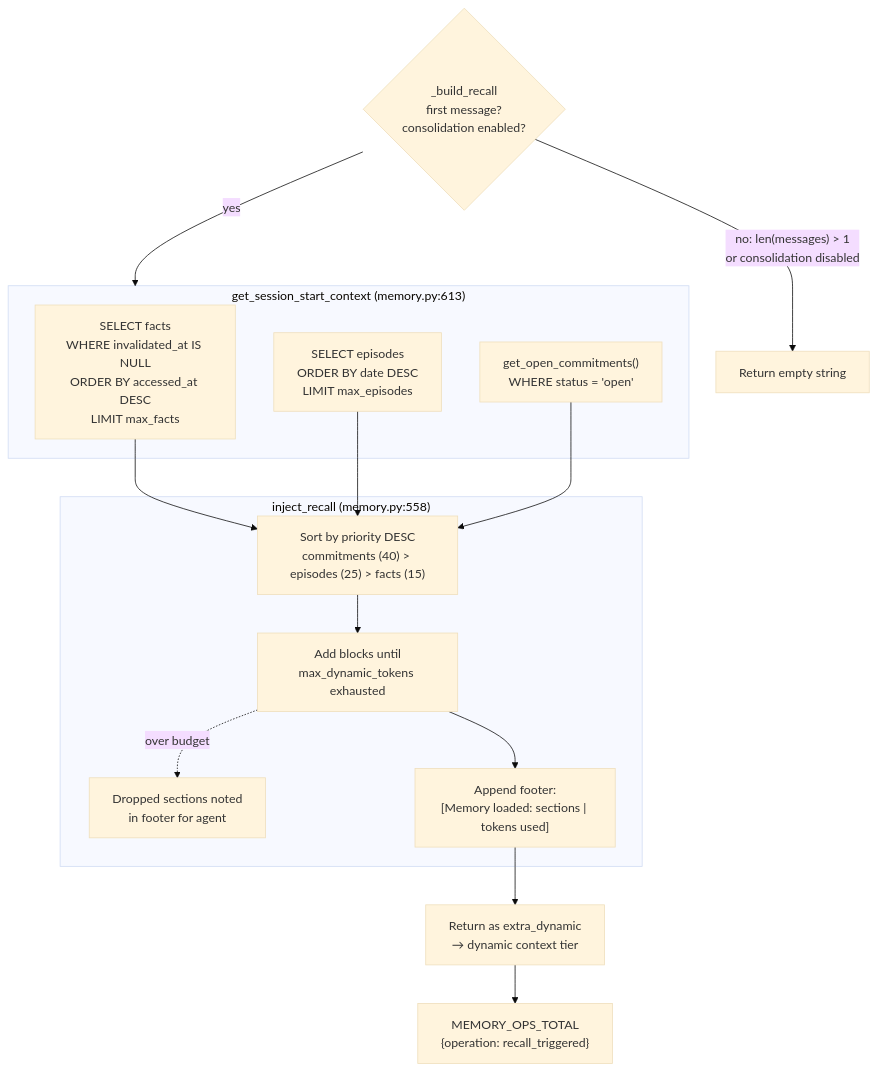
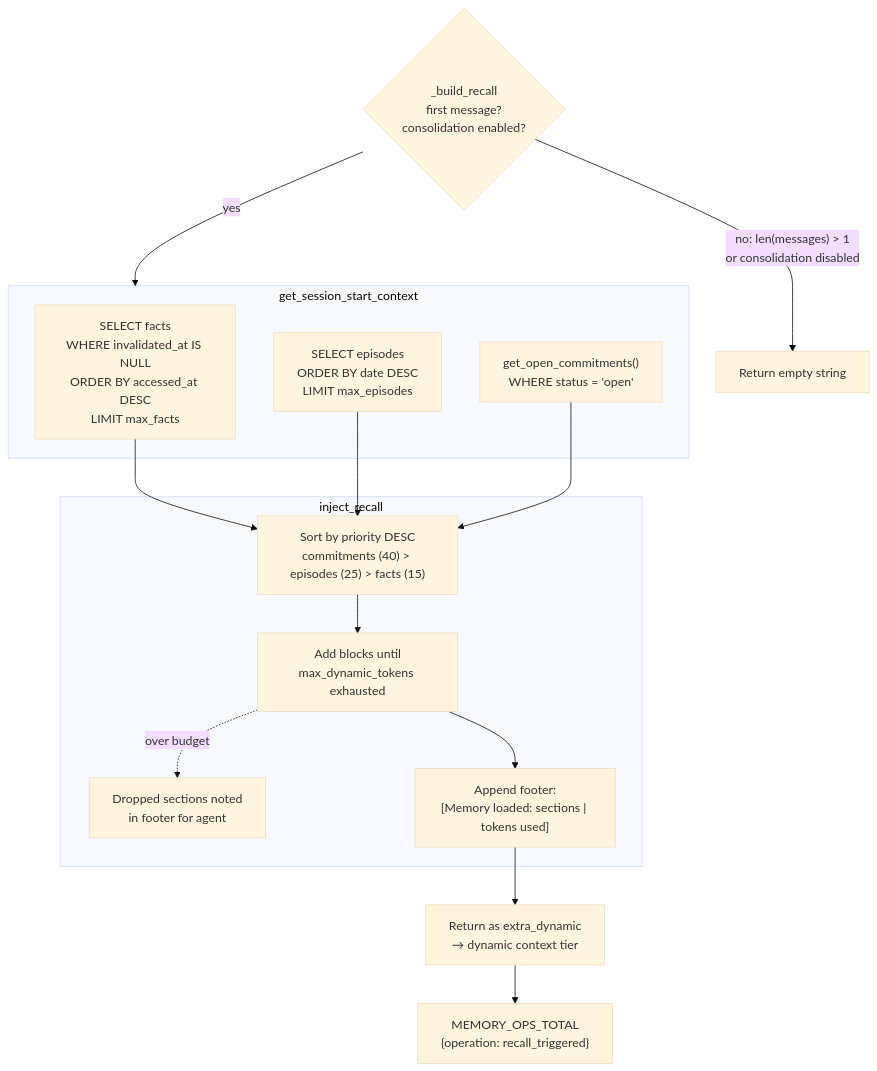
One commit to nicolasforstinger/lucyd changed the fourth of 10 diagrams in docs/diagrams.md. Above: the diagram before and after it, drawn with Mermaid (base theme). The commit also changed other lines of this file and 43 other files, not shown here.

````diff
--- a/docs/diagrams.md
+++ b/docs/diagrams.md
@@ -279,30 +277,30 @@
 ```mermaid
 flowchart TD
     GUARD{"_build_recall<br/>first message?<br/>consolidation enabled?"}
     SKIP["Return empty string"]
 
-    subgraph Query["get_session_start_context (memory.py:613)"]
+    subgraph Query["get_session_start_context"]
         FACTS["SELECT facts<br/>WHERE invalidated_at IS NULL<br/>ORDER BY accessed_at DESC<br/>LIMIT max_facts"]
         EPISODES["SELECT episodes<br/>ORDER BY date DESC<br/>LIMIT max_episodes"]
         COMMITS["get_open_commitments()<br/>WHERE status = 'open'"]
     end
 
-    subgraph Budget["inject_recall (memory.py:558)"]
+    subgraph Budget["inject_recall"]
         SORT["Sort by priority DESC<br/>commitments (40) > episodes (25) > facts (15)"]
         ITER["Add blocks until<br/>max_dynamic_tokens exhausted"]
         DROP["Dropped sections noted<br/>in footer for agent"]
         FOOTER["Append footer:<br/>[Memory loaded: sections | tokens used]"]
     end
 
     OUTPUT["Return as extra_dynamic<br/>→ dynamic context tier"]
     METRIC["MEMORY_OPS_TOTAL<br/>{operation: recall_triggered}"]
 
     GUARD -->|"no: len(messages) > 1<br/>or consolidation disabled"| SKIP
     GUARD -->|yes| Query
     FACTS --> SORT
     EPISODES --> SORT
     COMMITS --> SORT
     SORT --> ITER --> FOOTER --> OUTPUT
     ITER -.->|over budget| DROP
     OUTPUT --> METRIC
 ```
````
